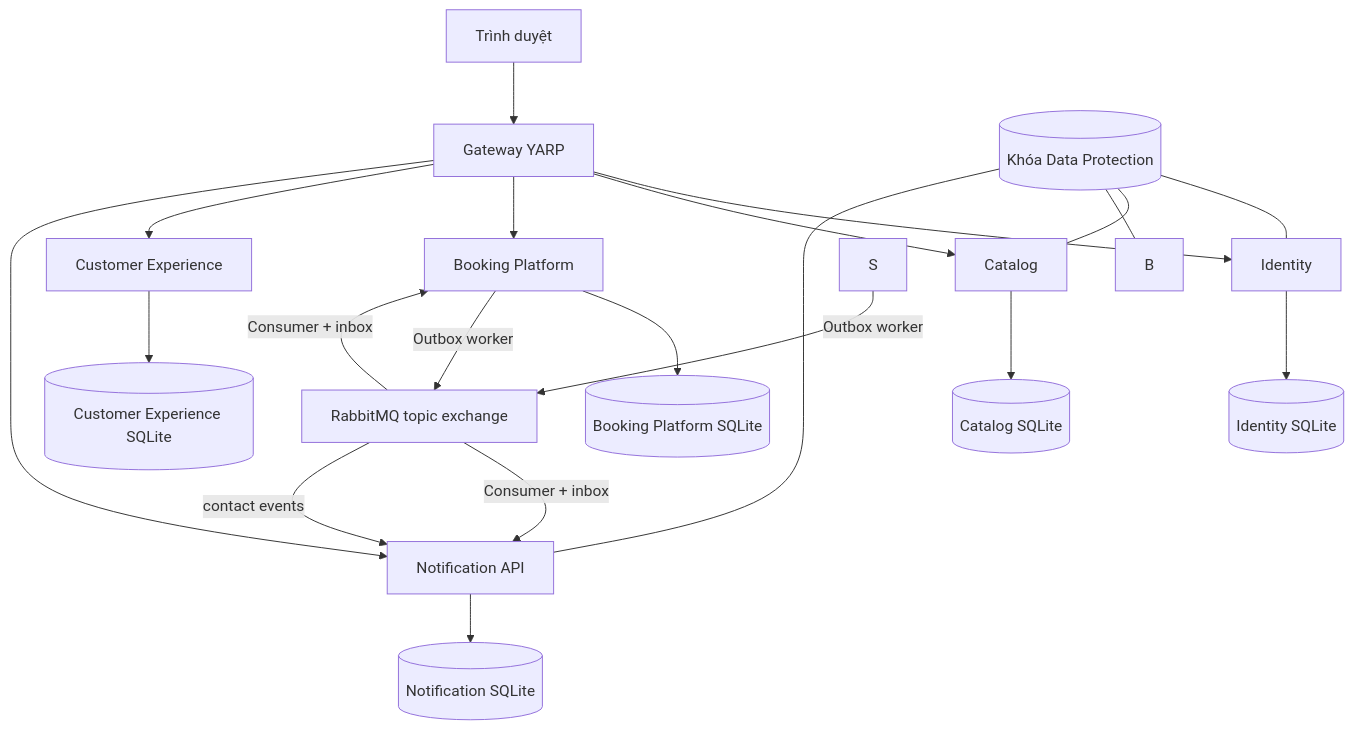
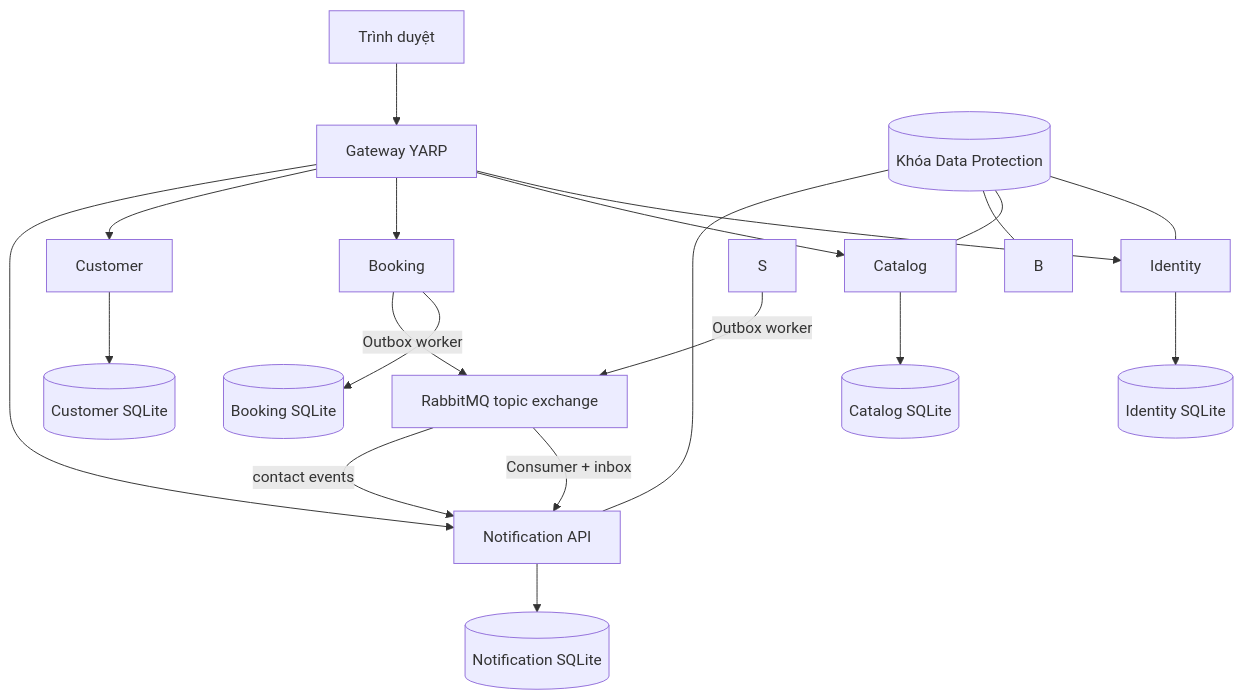
Before and after one commit to dangvu2910/Tourbookingg: the first of 2 diagrams in docs/bao-cao-he-thong-phan-tan.md, drawn with Mermaid. The commit also changed other lines of this file and 177 other files, not shown here.

````diff
--- a/docs/bao-cao-he-thong-phan-tan.md
+++ b/docs/bao-cao-he-thong-phan-tan.md
@@ -13,23 +13,22 @@
 ```mermaid
 flowchart TB
     U[Trình duyệt] --> G[Gateway YARP]
     G --> I[Identity]
     G --> C[Catalog]
-    G --> BP[Booking Platform]
-    G --> CX[Customer Experience]
+    G --> BP[Booking]
+    G --> CX[Customer]
     G --> N[Notification API]
     I --> ID[(Identity SQLite)]
     C --> CD[(Catalog SQLite)]
-    BP --> BPD[(Booking Platform SQLite)]
-    CX --> CXD[(Customer Experience SQLite)]
+    BP --> BPD[(Booking SQLite)]
+    CX --> CXD[(Customer SQLite)]
     N --> ND[(Notification SQLite)]
     BP -->|Outbox worker| Q[RabbitMQ topic exchange]
-    Q -->|Consumer + inbox| BP
     Q -->|Consumer + inbox| N
     S -->|Outbox worker| Q
     Q -->|contact events| N
     K[(Khóa Data Protection)] --- I
     K --- C
     K --- B
     K --- N
 ```
````
